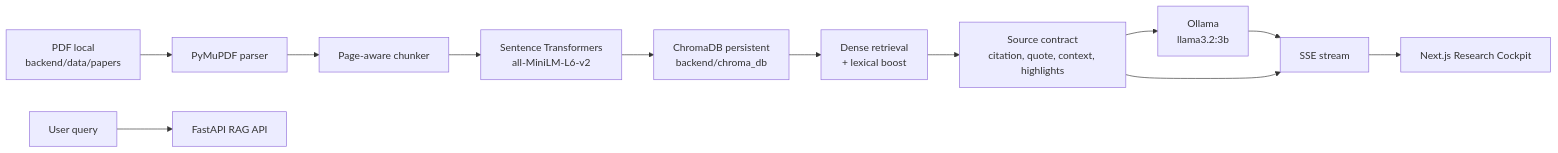
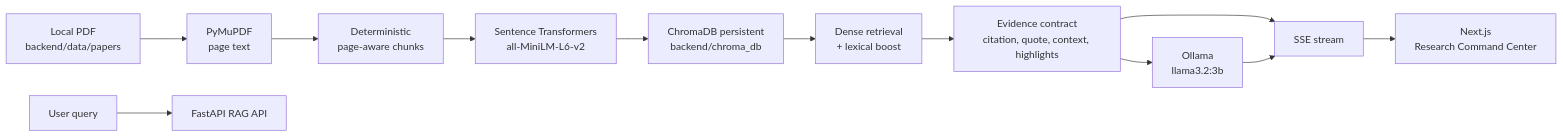
One commit to KhanhGiauTen/Research-Assistant-RAG- changed the diagram in README.md. Above: the diagram before and after it, drawn with Mermaid. The commit also changed other lines of this file and 6 other files, not shown here.

````diff
--- a/README.md
+++ b/README.md
@@ -64,14 +52,14 @@
 ```mermaid
 flowchart LR
-  PDF["PDF local<br/>backend/data/papers"] --> Parse["PyMuPDF parser"]
-  Parse --> Chunk["Page-aware chunker"]
+  PDF["Local PDF<br/>backend/data/papers"] --> Parse["PyMuPDF<br/>page text"]
+  Parse --> Chunk["Deterministic<br/>page-aware chunks"]
   Chunk --> Embed["Sentence Transformers<br/>all-MiniLM-L6-v2"]
   Embed --> Chroma["ChromaDB persistent<br/>backend/chroma_db"]
-  User["User query"] --> API["FastAPI RAG API"]
+  Query["User query"] --> API["FastAPI RAG API"]
   Chroma --> Retrieve["Dense retrieval<br/>+ lexical boost"]
-  Retrieve --> Evidence["Source contract<br/>citation, quote, context, highlights"]
+  Retrieve --> Evidence["Evidence contract<br/>citation, quote, context, highlights"]
   Evidence --> Ollama["Ollama<br/>llama3.2:3b"]
-  Ollama --> Stream["SSE stream"]
-  Evidence --> Stream
-  Stream --> UI["Next.js Research Cockpit"]
+  Evidence --> Stream["SSE stream"]
+  Ollama --> Stream
+  Stream --> UI["Next.js<br/>Research Command Center"]
 ```
````
